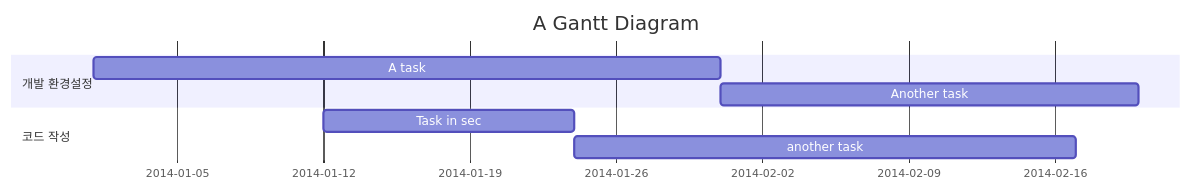
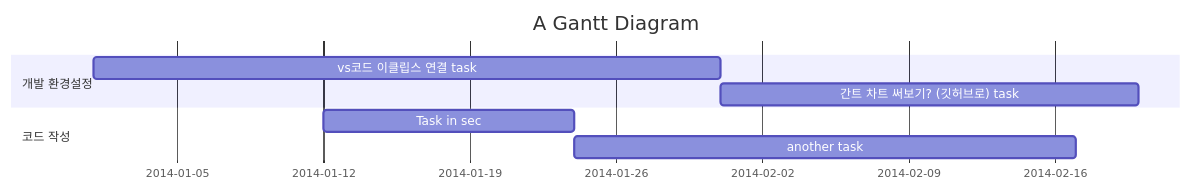
One commit to UDONGSALI/Toy-Project changed the diagram in README.md. Above: the diagram before and after it, drawn with Mermaid.

````diff
--- a/README.md
+++ b/README.md
@@ -1,11 +1,11 @@
 ```mermaid
 gantt
     title A Gantt Diagram
     dateFormat  YYYY-MM-DD
     section 개발 환경설정
-    A task           :a1, 2014-01-01, 30d
-    Another task     :after a1  , 20d
+    vs코드 이클립스 연결 task           :a1, 2014-01-01, 30d
+    간트 차트 써보기? (깃허브로) task     :after a1  , 20d
     section 코드 작성
     Task in sec      :2014-01-12  , 12d
     another task      : 24d
 ```
````
